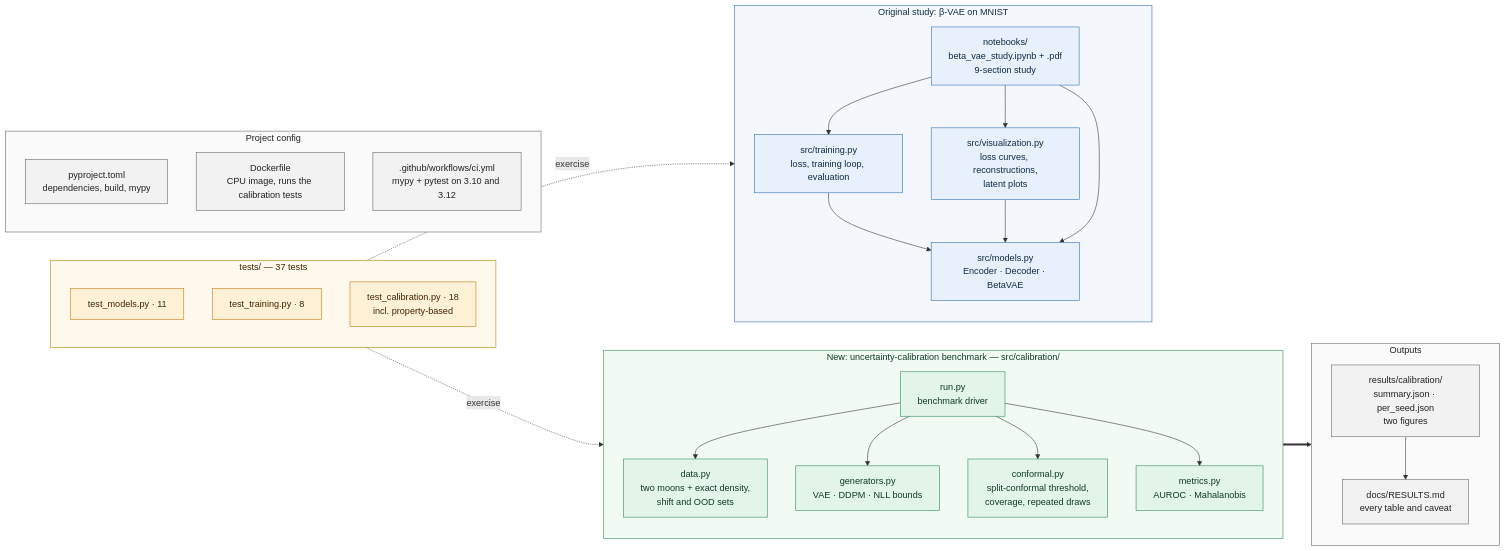
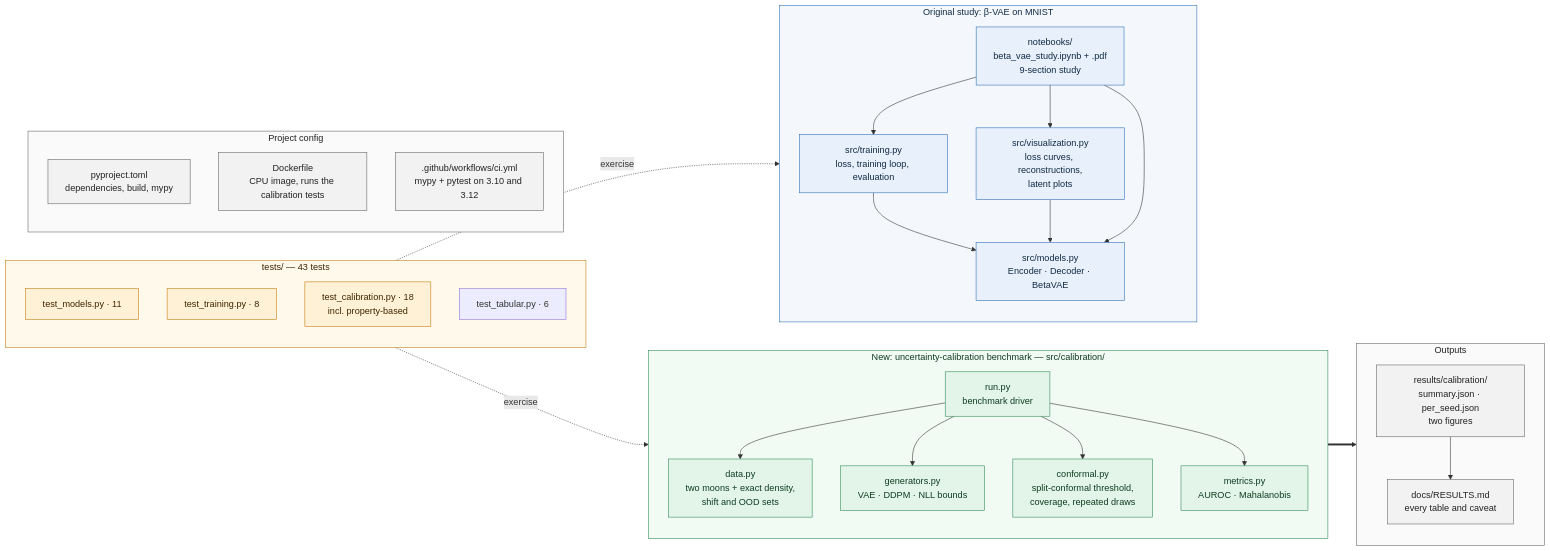
The second of 2 diagrams in README.md (PCSchmidt/generative-modeling-study), drawn with Mermaid before and after one commit.

Commit message:
README: test count and diagram include the tabular tests

````diff
--- a/README.md
+++ b/README.md
@@ -114,67 +114,68 @@
 ```mermaid
 flowchart LR
     subgraph cal["New: uncertainty-calibration benchmark — src/calibration/"]
         direction TB
         D["data.py<br>two moons + exact density,<br>shift and OOD sets"]
         G["generators.py<br>VAE · DDPM · NLL bounds"]
         C["conformal.py<br>split-conformal threshold,<br>coverage, repeated draws"]
         ME["metrics.py<br>AUROC · Mahalanobis"]
         R["run.py<br>benchmark driver"]
         R --> D
         R --> G
         R --> C
         R --> ME
     end
 
     subgraph out["Outputs"]
         direction TB
         RES["results/calibration/<br>summary.json · per_seed.json<br>two figures"]
         DOC["docs/RESULTS.md<br>every table and caveat"]
     end
 
     subgraph orig["Original study: β-VAE on MNIST"]
         direction TB
         M["src/models.py<br>Encoder · Decoder · BetaVAE"]
         T["src/training.py<br>loss, training loop, evaluation"]
         V["src/visualization.py<br>loss curves, reconstructions,<br>latent plots"]
         NB["notebooks/<br>beta_vae_study.ipynb + .pdf<br>9-section study"]
         T --> M
         V --> M
         NB --> M
         NB --> T
         NB --> V
     end
 
-    subgraph tst["tests/ — 37 tests"]
+    subgraph tst["tests/ — 43 tests"]
         direction TB
         T1["test_models.py · 11"]
         T2["test_training.py · 8"]
         T3["test_calibration.py · 18<br>incl. property-based"]
+        T4["test_tabular.py · 6"]
     end
 
     subgraph cfg["Project config"]
         direction TB
         PY["pyproject.toml<br>dependencies, build, mypy"]
         DK["Dockerfile<br>CPU image, runs the calibration tests"]
         CI[".github/workflows/ci.yml<br>mypy + pytest on 3.10 and 3.12"]
     end
 
     tst -.->|"exercise"| orig
     tst -.->|"exercise"| cal
     R ==> RES
     RES --> DOC
 
     classDef old fill:#e8f1fb,stroke:#2f6db5,color:#102a43
     classDef new fill:#e3f5e8,stroke:#2e8b57,color:#0f3b21
     classDef test fill:#fff1d6,stroke:#c27c0e,color:#3d2500
     classDef outp fill:#f2f2f2,stroke:#666,color:#222
     class M,T,V,NB old
     class D,G,C,ME,R new
     class T1,T2,T3 test
     class RES,DOC,PY,DK,CI outp
     style orig fill:#f4f8fd,stroke:#2f6db5,color:#102a43
     style cal fill:#f2faf4,stroke:#2e8b57,color:#0f3b21
     style tst fill:#fff9ec,stroke:#c27c0e,color:#3d2500
     style out fill:#fafafa,stroke:#666,color:#222
     style cfg fill:#fafafa,stroke:#666,color:#222
 ```
````
